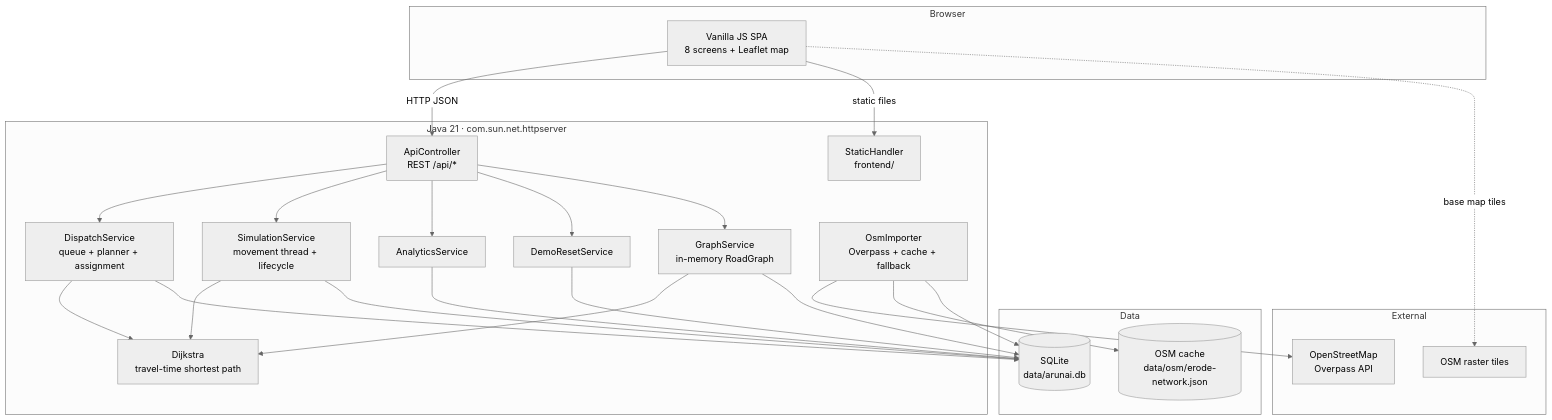
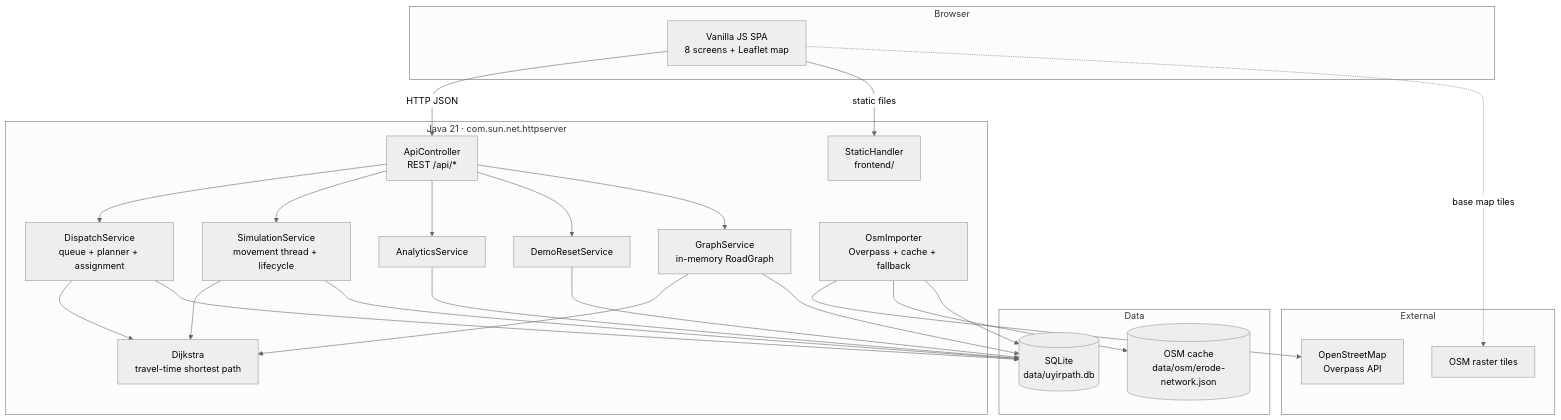
Before and after one commit to prasannakumar3508-KEC/UyirPath: the first of 3 diagrams in docs/ARCHITECTURE.md, drawn with Mermaid (neutral theme). The commit also changed other lines of this file and 124 other files, not shown here.

````diff
--- a/docs/ARCHITECTURE.md
+++ b/docs/ARCHITECTURE.md
@@ -19,48 +19,48 @@
 ```mermaid
 flowchart TB
   subgraph Browser
     UI["Vanilla JS SPA<br/>8 screens + Leaflet map"]
   end
 
   subgraph Server["Java 21 · com.sun.net.httpserver"]
     API["ApiController<br/>REST /api/*"]
     STATIC["StaticHandler<br/>frontend/"]
     DS["DispatchService<br/>queue + planner + assignment"]
     SIM["SimulationService<br/>movement thread + lifecycle"]
     ANA["AnalyticsService"]
     RESET["DemoResetService"]
     GRAPH["GraphService<br/>in-memory RoadGraph"]
     DIJKSTRA["Dijkstra<br/>travel-time shortest path"]
     IMPORTER["OsmImporter<br/>Overpass + cache + fallback"]
   end
 
   subgraph Data
-    DB[("SQLite<br/>data/arunai.db")]
+    DB[("SQLite<br/>data/uyirpath.db")]
     CACHE[("OSM cache<br/>data/osm/erode-network.json")]
   end
 
   subgraph External
     OSM["OpenStreetMap<br/>Overpass API"]
     TILES["OSM raster tiles"]
   end
 
   UI -->|HTTP JSON| API
   UI -->|static files| STATIC
   UI -.->|base map tiles| TILES
   API --> DS
   API --> SIM
   API --> ANA
   API --> RESET
   API --> GRAPH
   DS --> DIJKSTRA
   DS --> DB
   SIM --> DIJKSTRA
   SIM --> DB
   ANA --> DB
   RESET --> DB
   GRAPH --> DIJKSTRA
   GRAPH --> DB
   IMPORTER --> OSM
   IMPORTER --> CACHE
   IMPORTER --> DB
 ```
````
